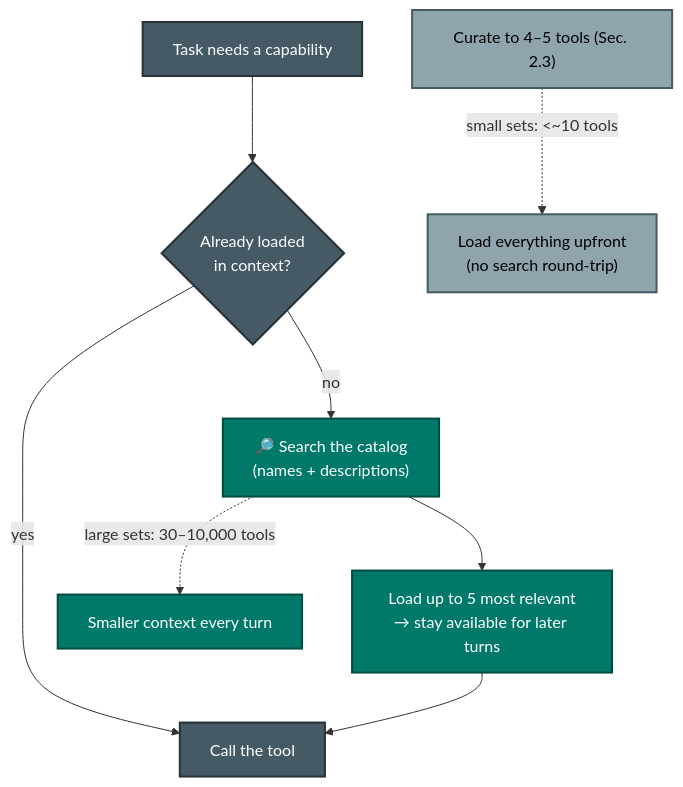
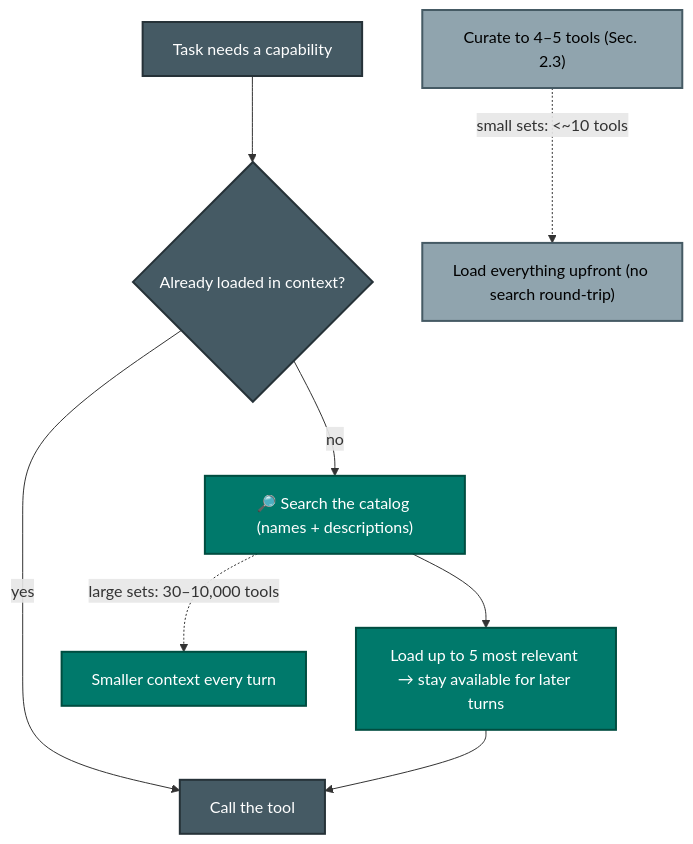
One commit to parmar-m/claude-architect-certification-prep changed the fifth of 6 diagrams in CCA-F/domains/d2-tool-design-mcp.md. Above: the diagram before and after it, drawn with Mermaid. The commit also changed other lines of this file and 25 other files, not shown here.

````diff
--- a/CCA-F/domains/d2-tool-design-mcp.md
+++ b/CCA-F/domains/d2-tool-design-mcp.md
@@ -256,16 +258,16 @@
 ```mermaid
 flowchart TD
-    Q["Task needs a capability"] --> LOADED{"Already loaded<br/>in context?"}
+    Q["Task needs a capability"] --> LOADED{"Already loaded in context?"}
     LOADED -- yes --> USE["Call the tool"]
-    LOADED -- no --> SEARCH["🔎 Search the catalog<br/>(names + descriptions)"]
-    SEARCH --> TOP["Load up to 5 most relevant<br/>→ stay available for later turns"]
+    LOADED -- no --> SEARCH["🔎 Search the catalog (names + descriptions)"]
+    SEARCH --> TOP["Load up to 5 most relevant → stay available for later turns"]
     TOP --> USE
-    N["Curate to 4–5 tools (Sec. 2.3)"] -.->|small sets: <~10 tools| BEST["Load everything upfront<br/>(no search round-trip)"]
+    N["Curate to 4–5 tools (Sec. 2.3)"] -.->|small sets: <~10 tools| BEST["Load everything upfront (no search round-trip)"]
     SEARCH -.->|large sets: 30–10,000 tools| WIN["Smaller context every turn"]
     classDef ok fill:#00796B,color:#fff,stroke:#004D40,stroke-width:2px
     classDef alt fill:#90A4AE,color:#000,stroke:#455A64,stroke-width:2px
     classDef q fill:#455A64,color:#fff,stroke:#263238,stroke-width:2px
     class SEARCH,TOP,WIN ok
     class N,BEST alt
     class Q,LOADED,USE q
 ```
````
